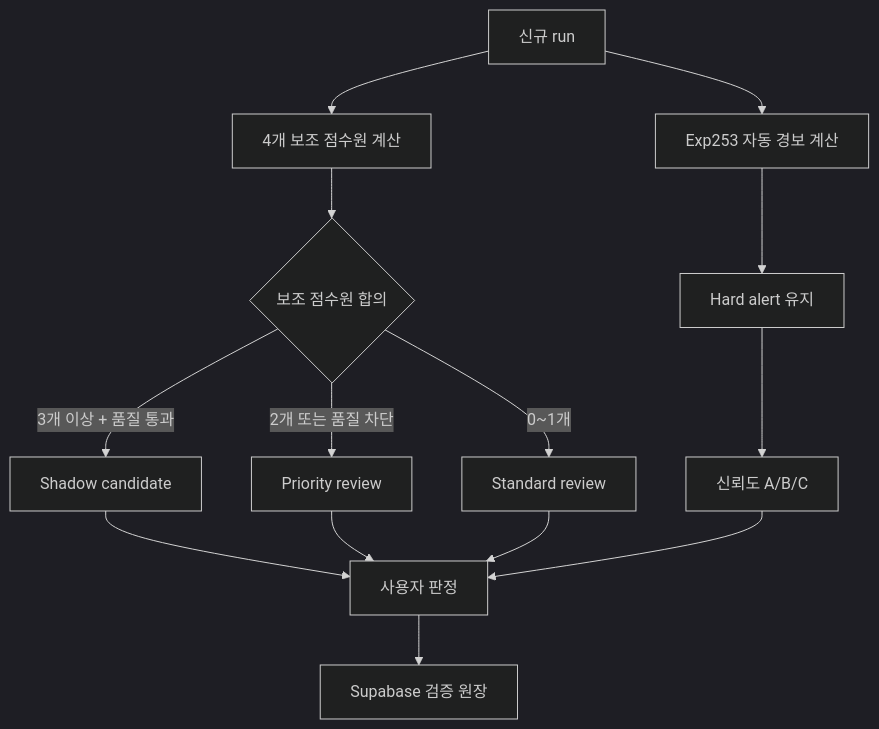
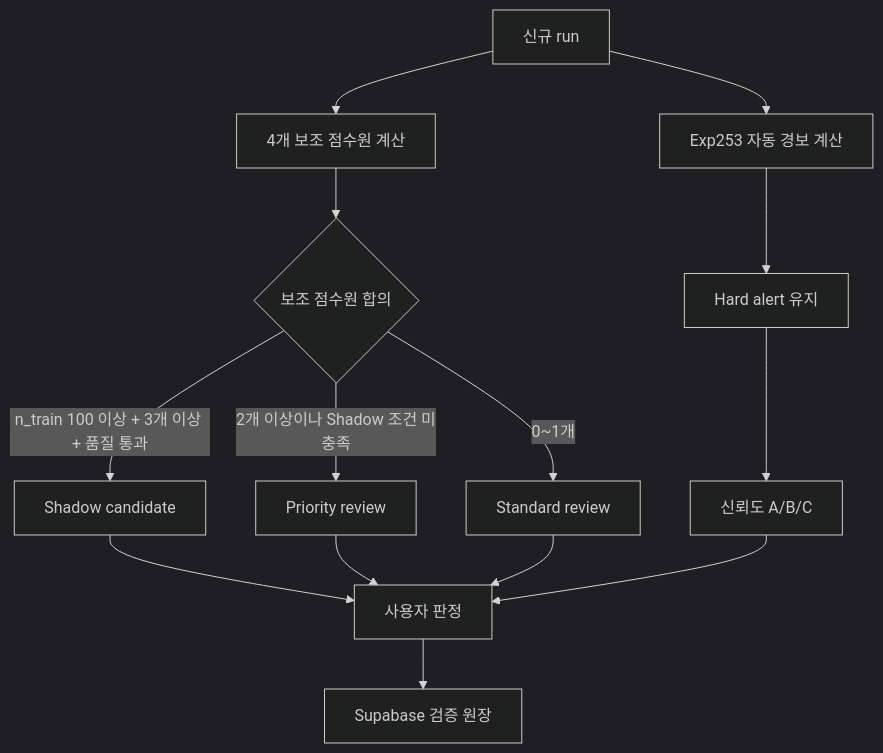
Before and after one commit to pmh10401/Dataset: the diagram in docs/superpowers/specs/2026-07-21-exp265-shadow-validation-ledger-design.md, drawn with Mermaid (dark theme). The commit also changed other lines of this file, not shown here.

Commit message:
docs(exp265): preserve promotion eligibility guard

````diff
--- a/docs/superpowers/specs/2026-07-21-exp265-shadow-validation-ledger-design.md
+++ b/docs/superpowers/specs/2026-07-21-exp265-shadow-validation-ledger-design.md
@@ -63,16 +63,16 @@
 ```mermaid
 flowchart TD
     A["신규 run"] --> B["Exp253 자동 경보 계산"]
     A --> C["4개 보조 점수원 계산"]
     B --> D["Hard alert 유지"]
     C --> E{"보조 점수원 합의"}
-    E -->|"3개 이상 + 품질 통과"| F["Shadow candidate"]
-    E -->|"2개 또는 품질 차단"| G["Priority review"]
+    E -->|"n_train 100 이상 + 3개 이상 + 품질 통과"| F["Shadow candidate"]
+    E -->|"2개 이상이나 Shadow 조건 미충족"| G["Priority review"]
     E -->|"0~1개"| H["Standard review"]
     D --> I["신뢰도 A/B/C"]
     F --> J["사용자 판정"]
     G --> J
     H --> J
     I --> J
     J --> K["Supabase 검증 원장"]
 ```
````
